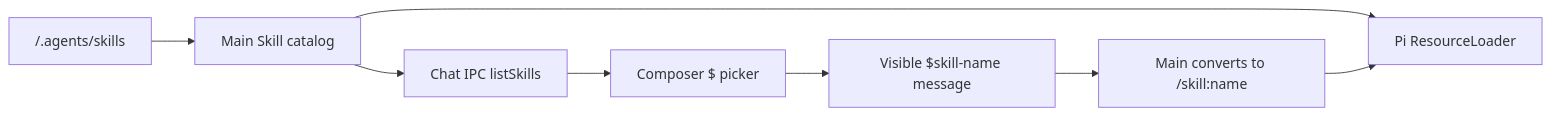
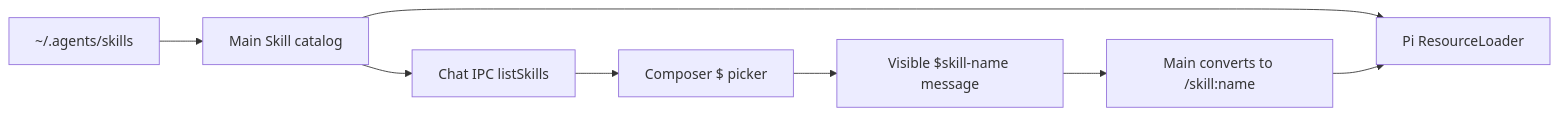
The diagram in docs/iterations/v1.3.15/agent-skills-and-dollar-picker-plan.md (Floribunda1/reflecta), drawn with Mermaid before and after one commit. The commit also changed other lines of this file, not shown here.

Commit message:
docs(agent): correct global skill source

````diff
--- a/docs/iterations/v1.3.15/agent-skills-and-dollar-picker-plan.md
+++ b/docs/iterations/v1.3.15/agent-skills-and-dollar-picker-plan.md
@@ -13,10 +13,10 @@
 ```mermaid
 flowchart LR
-  D["<contentStorageRoot>/.agents/skills"] --> C["Main Skill catalog"]
+  D["~/.agents/skills"] --> C["Main Skill catalog"]
   C --> R["Pi ResourceLoader"]
   C --> I["Chat IPC listSkills"]
   I --> P["Composer $ picker"]
   P --> M["Visible $skill-name message"]
   M --> X["Main converts to /skill:name"]
   X --> R
 ```
````
